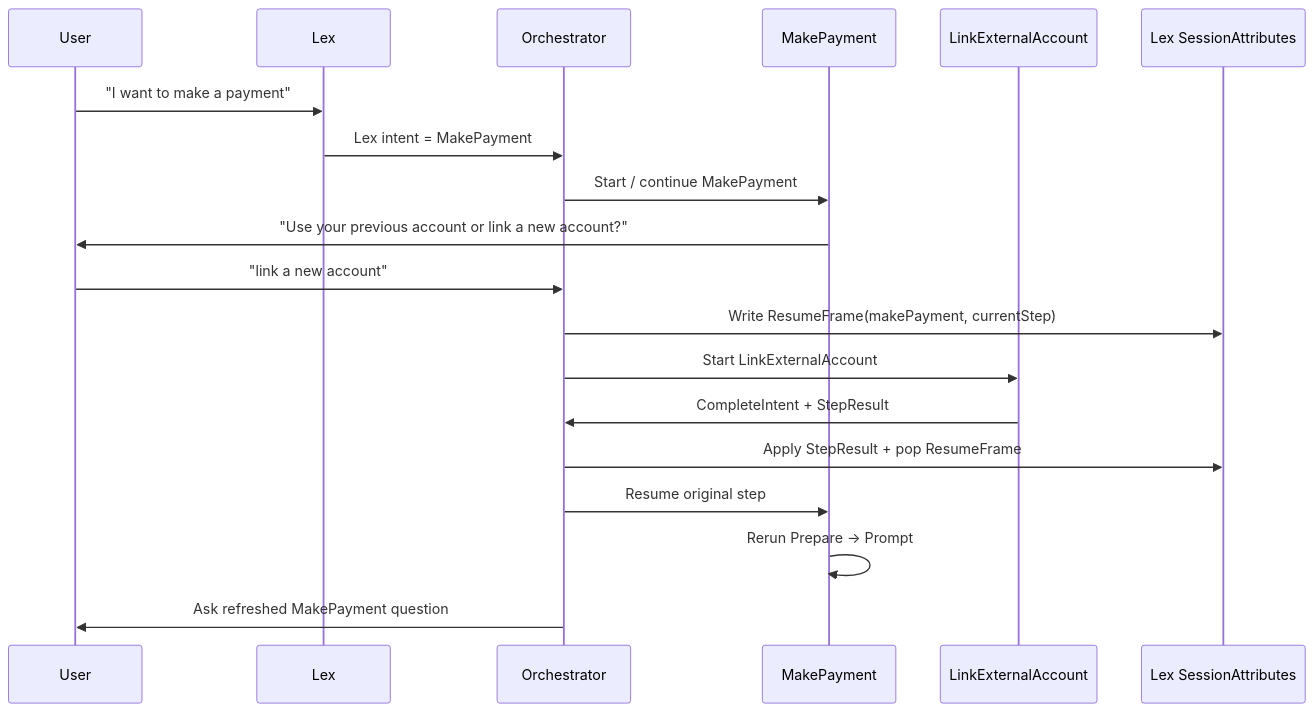
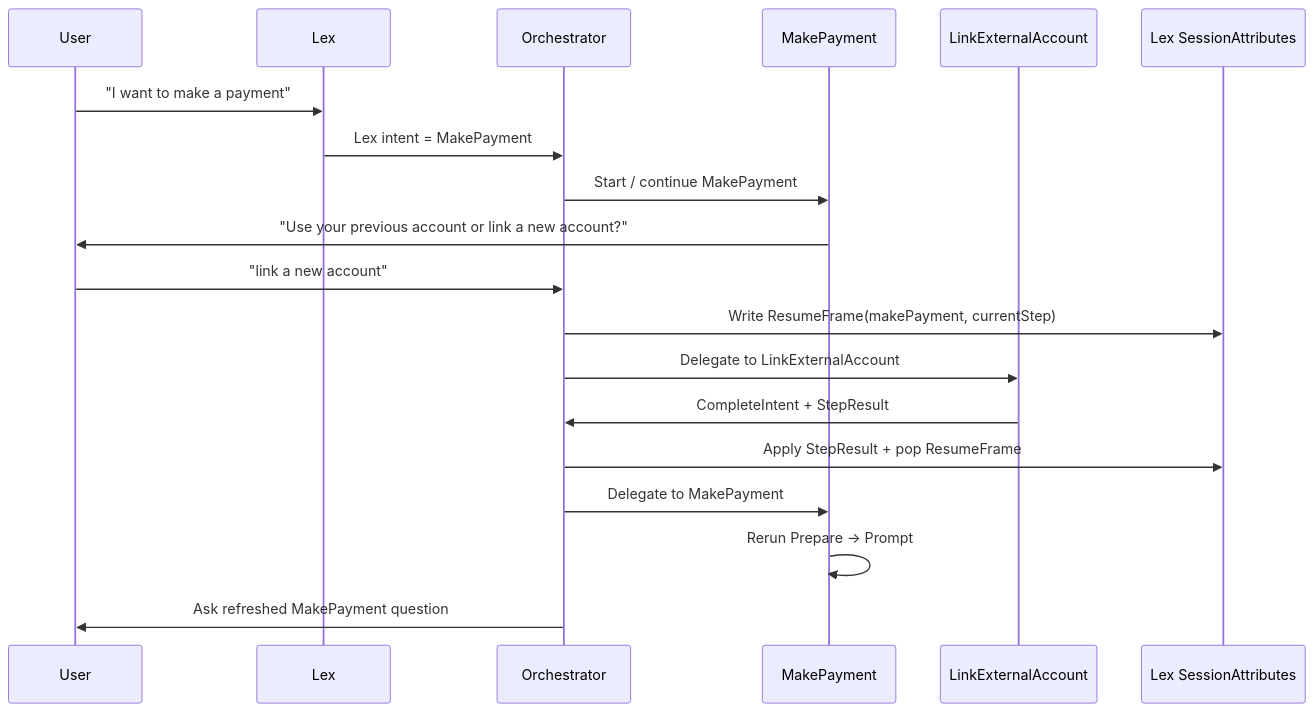
One commit to fghjkl007/adk-go-company-model-integration changed the third of 8 diagrams in docs/superpowers/specs/2026-06-07-intent-step-orchestration-confluence.md. Above: the diagram before and after it, drawn with Mermaid.

Commit message:
docs: use delegate wording for intent handoff

````diff
--- a/docs/superpowers/specs/2026-06-07-intent-step-orchestration-confluence.md
+++ b/docs/superpowers/specs/2026-06-07-intent-step-orchestration-confluence.md
@@ -68,22 +68,22 @@
 ```mermaid
 sequenceDiagram
   participant User
   participant Lex
   participant Orchestrator
   participant MakePayment
   participant LinkExternalAccount
   participant SessionAttributes as Lex SessionAttributes
 
   User->>Lex: "I want to make a payment"
   Lex->>Orchestrator: Lex intent = MakePayment
   Orchestrator->>MakePayment: Start / continue MakePayment
   MakePayment->>User: "Use your previous account or link a new account?"
   User->>Orchestrator: "link a new account"
   Orchestrator->>SessionAttributes: Write ResumeFrame(makePayment, currentStep)
-  Orchestrator->>LinkExternalAccount: Start LinkExternalAccount
+  Orchestrator->>LinkExternalAccount: Delegate to LinkExternalAccount
   LinkExternalAccount->>Orchestrator: CompleteIntent + StepResult
   Orchestrator->>SessionAttributes: Apply StepResult + pop ResumeFrame
-  Orchestrator->>MakePayment: Resume original step
+  Orchestrator->>MakePayment: Delegate to MakePayment
   MakePayment->>MakePayment: Rerun Prepare -> Prompt
   Orchestrator->>User: Ask refreshed MakePayment question
 ```
````
